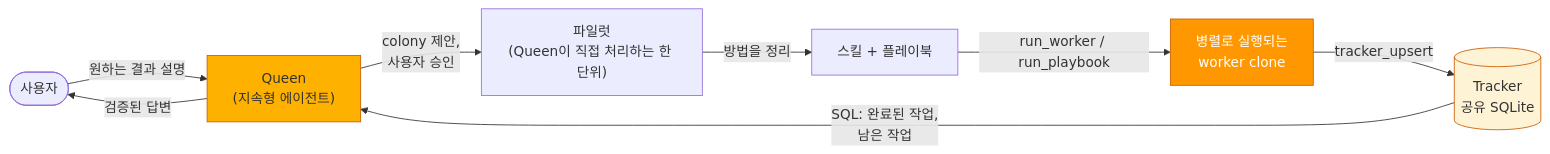
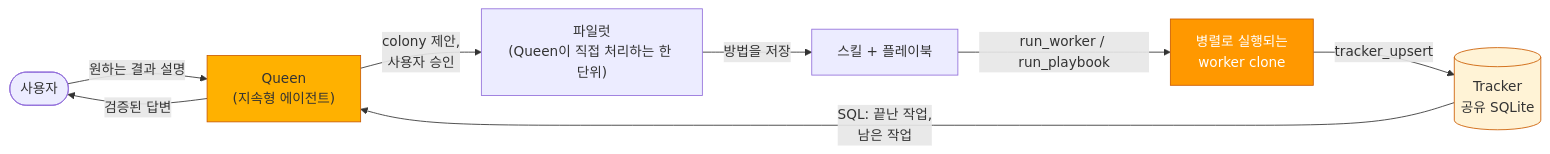
The diagram in docs/i18n/ko.md (23821/hive), drawn with Mermaid before and after one commit. The commit also changed other lines of this file and 6 other files, not shown here.

````diff
--- a/docs/i18n/ko.md
+++ b/docs/i18n/ko.md
@@ -76,14 +79,14 @@
 ```mermaid
 flowchart LR
     You(["사용자"]) -->|"원하는 결과 설명"| Queen["Queen<br/>(지속형 에이전트)"]
     Queen -->|"colony 제안,<br/>사용자 승인"| Pilot["파일럿<br/>(Queen이 직접 처리하는 한 단위)"]
-    Pilot -->|"방법을 정리"| Skill["스킬 + 플레이북"]
+    Pilot -->|"방법을 저장"| Skill["스킬 + 플레이북"]
     Skill -->|"run_worker / run_playbook"| W["병렬로 실행되는<br/>worker clone"]
     W -->|"tracker_upsert"| T[("Tracker<br/>공유 SQLite")]
-    T -->|"SQL: 완료된 작업,<br/>남은 작업"| Queen
+    T -->|"SQL: 끝난 작업,<br/>남은 작업"| Queen
     Queen -->|"검증된 답변"| You
 
     style Queen fill:#ffb100,stroke:#cc5d00,color:#333
     style T fill:#fff3d6,stroke:#cc5d00,color:#333
     style W fill:#ff9800,stroke:#cc5d00,color:#fff
 ```
````
